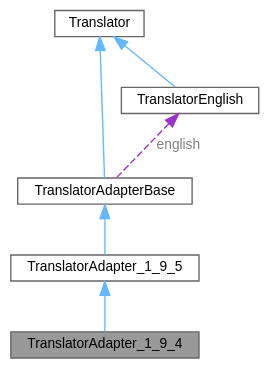
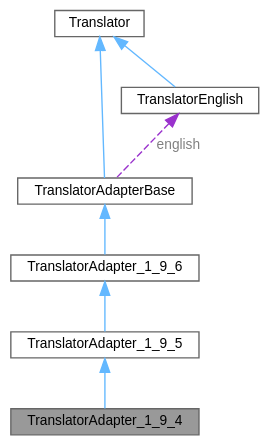
One commit to tim-gromeyer/doxygen changed the diagram in d8/d39/class_translator_adapter__1__9__4__coll__graph.dot. Above: the diagram before and after it, drawn with Graphviz. The commit also changed 880 other files, not shown here.

```diff
--- a/d8/d39/class_translator_adapter__1__9__4__coll__graph.dot
+++ b/d8/d39/class_translator_adapter__1__9__4__coll__graph.dot
@@ -1,18 +1,20 @@
 digraph "TranslatorAdapter_1_9_4"
 {
  // INTERACTIVE_SVG=YES
  // LATEX_PDF_SIZE
   bgcolor="transparent";
   edge [fontname=Helvetica,fontsize=10,labelfontname=Helvetica,labelfontsize=10];
   node [fontname=Helvetica,fontsize=10,shape=box,height=0.2,width=0.4];
   Node1 [label="TranslatorAdapter_1_9_4",height=0.2,width=0.4,color="gray40", fillcolor="grey60", style="filled", fontcolor="black",tooltip=" "];
   Node2 -> Node1 [dir="back",color="steelblue1",style="solid"];
   Node2 [label="TranslatorAdapter_1_9_5",height=0.2,width=0.4,color="gray40", fillcolor="white", style="filled",URL="$dd/dba/class_translator_adapter__1__9__5.html",tooltip=" "];
   Node3 -> Node2 [dir="back",color="steelblue1",style="solid"];
-  Node3 [label="TranslatorAdapterBase",height=0.2,width=0.4,color="gray40", fillcolor="white", style="filled",URL="$db/d6c/class_translator_adapter_base.html",tooltip="Base of the translator adapter tree."];
+  Node3 [label="TranslatorAdapter_1_9_6",height=0.2,width=0.4,color="gray40", fillcolor="white", style="filled",URL="$db/d71/class_translator_adapter__1__9__6.html",tooltip=" "];
   Node4 -> Node3 [dir="back",color="steelblue1",style="solid"];
-  Node4 [label="Translator",height=0.2,width=0.4,color="gray40", fillcolor="white", style="filled",URL="$d8/dfb/class_translator.html",tooltip="Abstract base class for all translatable text fragments."];
-  Node5 -> Node3 [dir="back",color="darkorchid3",style="dashed",label=" english",fontcolor="grey" ];
-  Node5 [label="TranslatorEnglish",height=0.2,width=0.4,color="gray40", fillcolor="white", style="filled",URL="$d6/d78/class_translator_english.html",tooltip=" "];
-  Node4 -> Node5 [dir="back",color="steelblue1",style="solid"];
+  Node4 [label="TranslatorAdapterBase",height=0.2,width=0.4,color="gray40", fillcolor="white", style="filled",URL="$db/d6c/class_translator_adapter_base.html",tooltip="Base of the translator adapter tree."];
+  Node5 -> Node4 [dir="back",color="steelblue1",style="solid"];
+  Node5 [label="Translator",height=0.2,width=0.4,color="gray40", fillcolor="white", style="filled",URL="$d8/dfb/class_translator.html",tooltip="Abstract base class for all translatable text fragments."];
+  Node6 -> Node4 [dir="back",color="darkorchid3",style="dashed",label=" english",fontcolor="grey" ];
+  Node6 [label="TranslatorEnglish",height=0.2,width=0.4,color="gray40", fillcolor="white", style="filled",URL="$d6/d78/class_translator_english.html",tooltip=" "];
+  Node5 -> Node6 [dir="back",color="steelblue1",style="solid"];
 }
```
